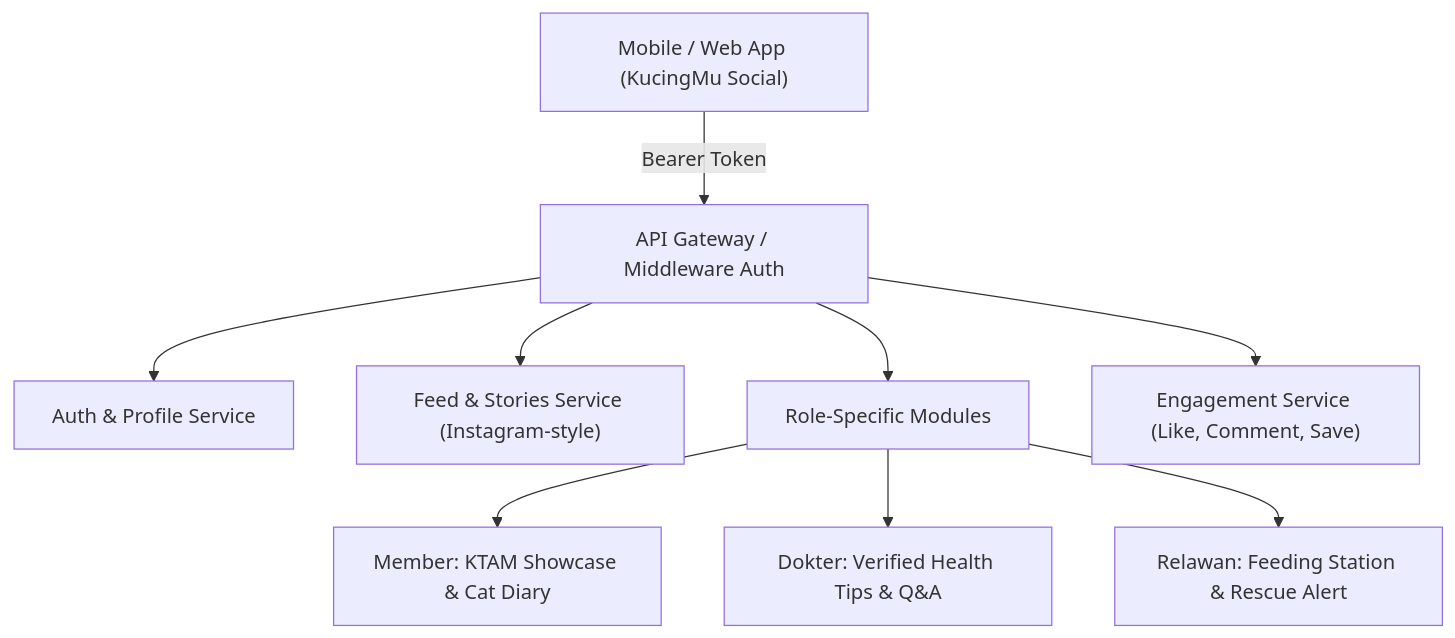
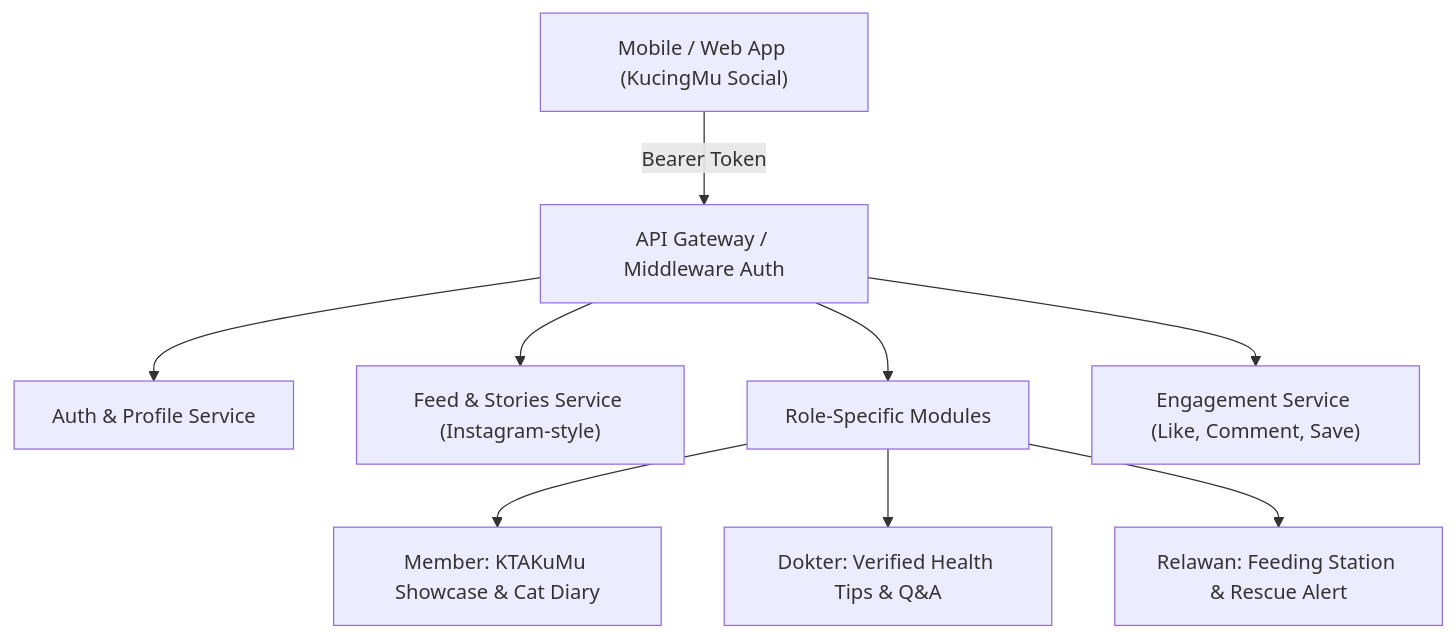
Before and after one commit to denis-dst/kucingmu: the diagram in api-kucingmudoc.md, drawn with Mermaid. The commit also changed other lines of this file and 11 other files, not shown here.

````diff
--- a/api-kucingmudoc.md
+++ b/api-kucingmudoc.md
@@ -13,12 +13,12 @@
 ```mermaid
 graph TD
     User["Mobile / Web App (KucingMu Social)"] -->|Bearer Token| Gateway["API Gateway / Middleware Auth"]
     Gateway --> AuthM["Auth & Profile Service"]
     Gateway --> FeedM["Feed & Stories Service (Instagram-style)"]
     Gateway --> RoleM["Role-Specific Modules"]
     Gateway --> InteractM["Engagement Service (Like, Comment, Save)"]
     
-    RoleM --> Member["Member: KTAM Showcase & Cat Diary"]
+    RoleM --> Member["Member: KTAKuMu Showcase & Cat Diary"]
     RoleM --> Dokter["Dokter: Verified Health Tips & Q&A"]
     RoleM --> Relawan["Relawan: Feeding Station & Rescue Alert"]
 ```
````
